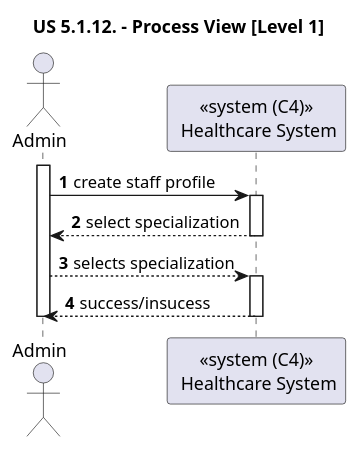
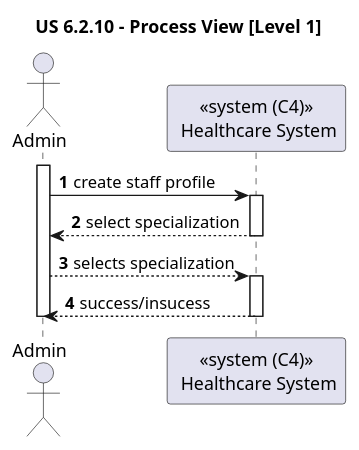
The diagram in docs/sprint-2/1220841/us-6.2.10/diagrams/level-1-process-view.puml (rita-barbosa/LAPR5-2425), drawn with PlantUML before and after one commit. The commit also changed 10 other files, not shown here.

Commit message:
DG38-442 | docs: corrects the titles of the process view diagrams.

```diff
--- a/docs/sprint-2/1220841/us-6.2.10/diagrams/level-1-process-view.puml
+++ b/docs/sprint-2/1220841/us-6.2.10/diagrams/level-1-process-view.puml
@@ -1,24 +1,24 @@
 @startuml
 
-title "US 5.1.12. - Process View [Level 1]"
+title "US 6.2.10 - Process View [Level 1]"
 
 autonumber
 
 actor Admin as ADM
 participant "<<system (C4)>>\n Healthcare System" as SYS
 
 activate ADM
 ADM -> SYS : create staff profile
 activate SYS
 
 SYS --> ADM : select specialization
 deactivate SYS
 
 ADM --> SYS : selects specialization
 activate SYS
 
 SYS --> ADM : success/insucess
 deactivate SYS
 deactivate ADM
 
 @enduml
```
